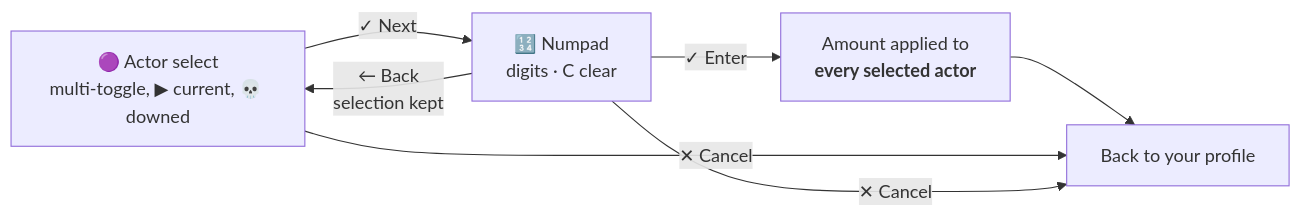
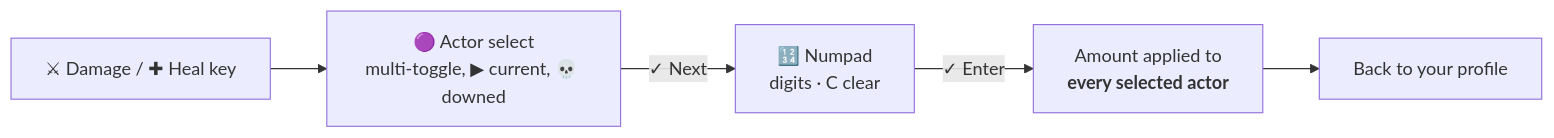
The first of 5 diagrams in README.md (Lil-Dank/DnD-Combat-Tracker), drawn with Mermaid before and after one commit. The commit also changed other lines of this file, not shown here.

First line of the commit message:
README: simplify the Stream Deck flow diagrams

````diff
--- a/README.md
+++ b/README.md
@@ -424,9 +424,7 @@
 ```mermaid
 flowchart LR
-    A["🟣 Actor select<br/>multi-toggle, ▶ current, 💀 downed"] -->|"✓ Next"| N["🔢 Numpad<br/>digits · C clear"]
+    K["⚔ Damage / ✚ Heal key"] --> A["🟣 Actor select<br/>multi-toggle, ▶ current, 💀 downed"]
+    A -->|"✓ Next"| N["🔢 Numpad<br/>digits · C clear"]
     N -->|"✓ Enter"| Y["Amount applied to<br/><b>every selected actor</b>"]
-    N -->|"← Back<br/>selection kept"| A
     Y --> X["Back to your profile"]
-    A -->|"✕ Cancel"| X
-    N -->|"✕ Cancel"| X
 ```
````
